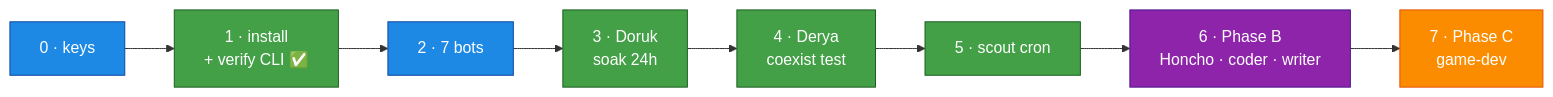
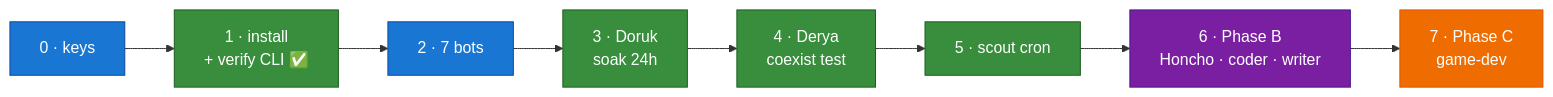
One commit to mpolatcan/hermes-setup changed the diagram in docs/13-deployment-runbook.md. Above: the diagram before and after it, drawn with Mermaid. The commit also changed 9 other files, not shown here.

First line of the commit message:
docs: unify mermaid palette to Material Design (legible contrast)

````diff
--- a/docs/13-deployment-runbook.md
+++ b/docs/13-deployment-runbook.md
@@ -11,11 +11,11 @@
 ```mermaid
 flowchart LR
     s0["0 · keys"]:::p --> s1["1 · install<br/>+ verify CLI ✅"]:::a --> s2["2 · 7 bots"]:::p
     s2 --> s3["3 · Doruk<br/>soak 24h"]:::a --> s4["4 · Derya<br/>coexist test"]:::a --> s5["5 · scout cron"]:::a
     s5 --> s6["6 · Phase B<br/>Honcho · coder · writer"]:::b --> s7["7 · Phase C<br/>game-dev"]:::c
-    classDef p fill:#1E88E5,stroke:#0D47A1,color:#fff
-    classDef v fill:#E53935,stroke:#B71C1C,color:#fff
-    classDef a fill:#43A047,stroke:#1B5E20,color:#fff
-    classDef b fill:#8E24AA,stroke:#4A148C,color:#fff
-    classDef c fill:#FB8C00,stroke:#E65100,color:#fff
+    classDef p fill:#1976D2,stroke:#0D47A1,color:#fff
+    classDef v fill:#D32F2F,stroke:#B71C1C,color:#fff
+    classDef a fill:#388E3C,stroke:#1B5E20,color:#fff
+    classDef b fill:#7B1FA2,stroke:#4A148C,color:#fff
+    classDef c fill:#EF6C00,stroke:#E65100,color:#fff
 ```
````
